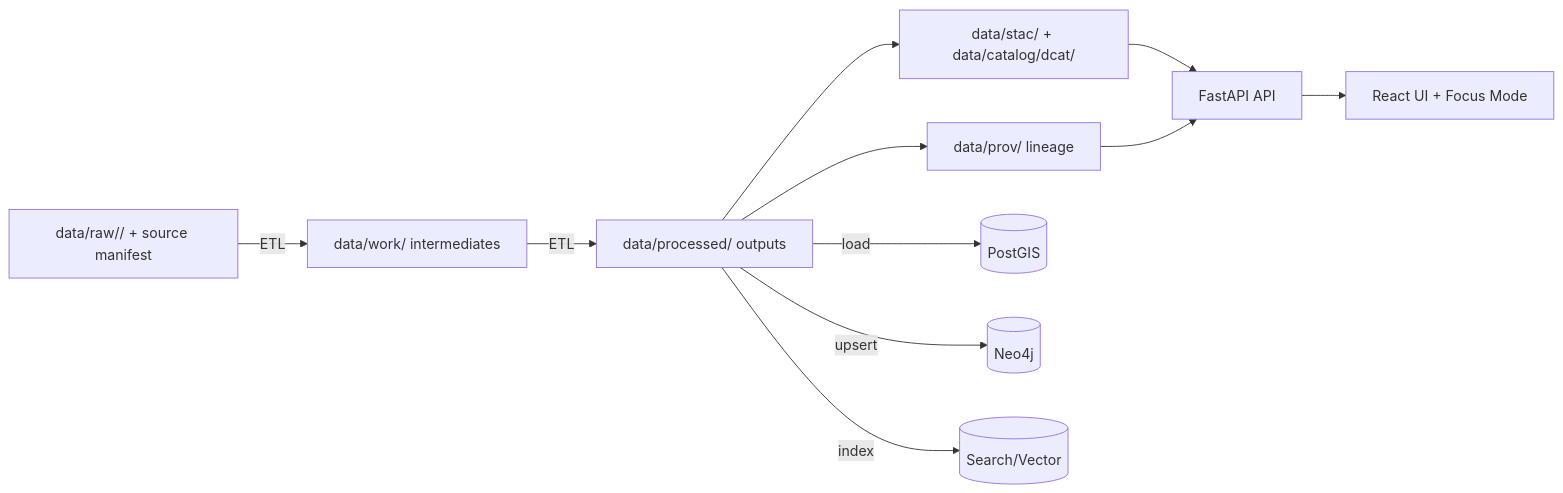
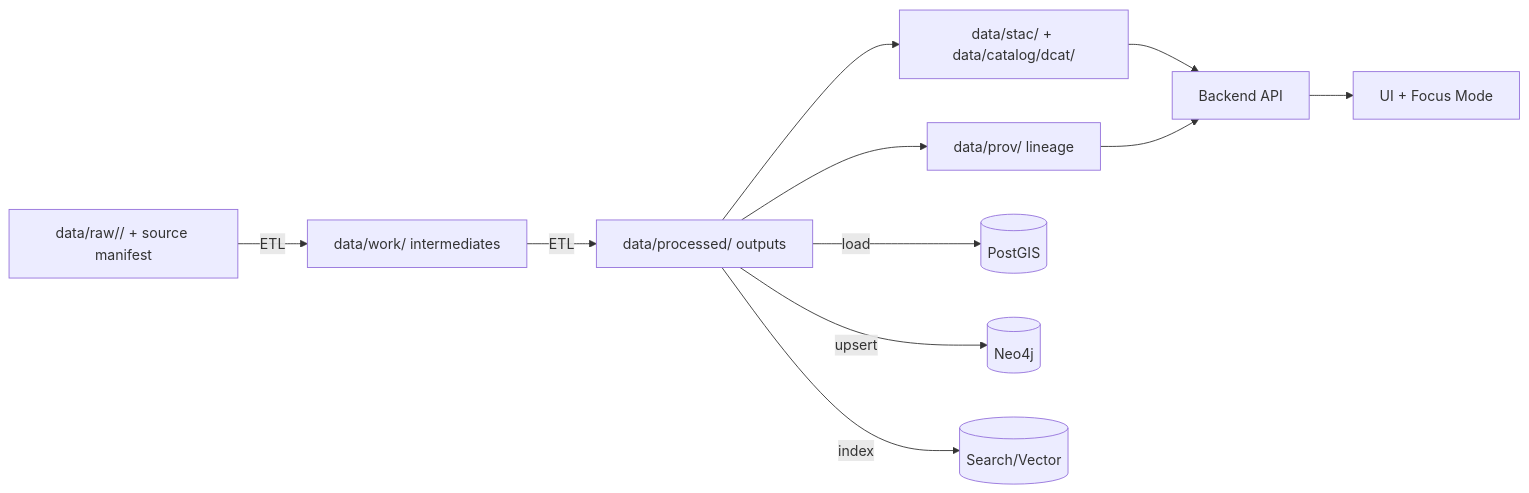
The second of 2 diagrams in README.md (bartytime4life/Kansas-Frontier-Matrix), drawn with Mermaid before and after one commit. The commit also changed other lines of this file, not shown here.

````diff
--- a/README.md
+++ b/README.md
@@ -222,14 +278,14 @@
 ```mermaid
 flowchart LR
   RAW[data/raw/<domain>/ + source manifest] -->|ETL| WORK[data/work/ intermediates]
   WORK -->|ETL| PROC[data/processed/ outputs]
   PROC --> META[data/stac/ + data/catalog/dcat/]
   PROC --> PROV[data/prov/ lineage]
   PROC -->|load| PG[(PostGIS)]
   PROC -->|upsert| N4J[(Neo4j)]
   PROC -->|index| SRCH[(Search/Vector)]
 
-  META --> API[FastAPI API]
+  META --> API[Backend API]
   PROV --> API
-  API --> UI[React UI + Focus Mode]
+  API --> UI[UI + Focus Mode]
 ```
````
